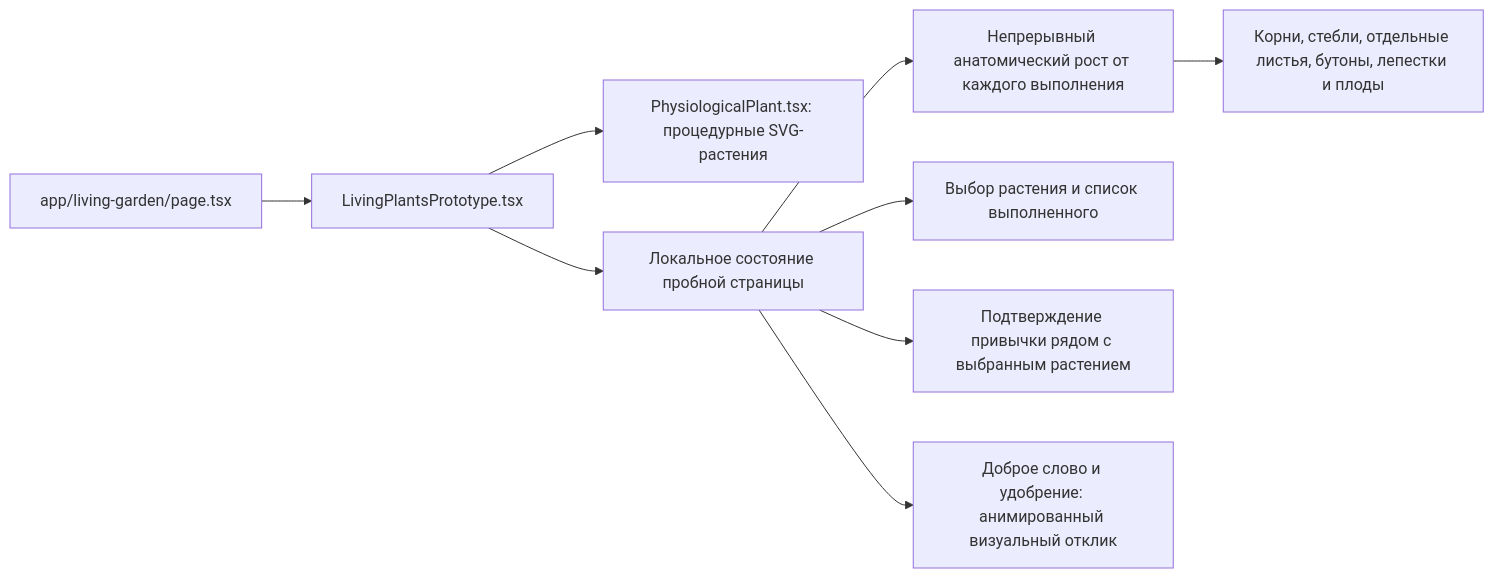
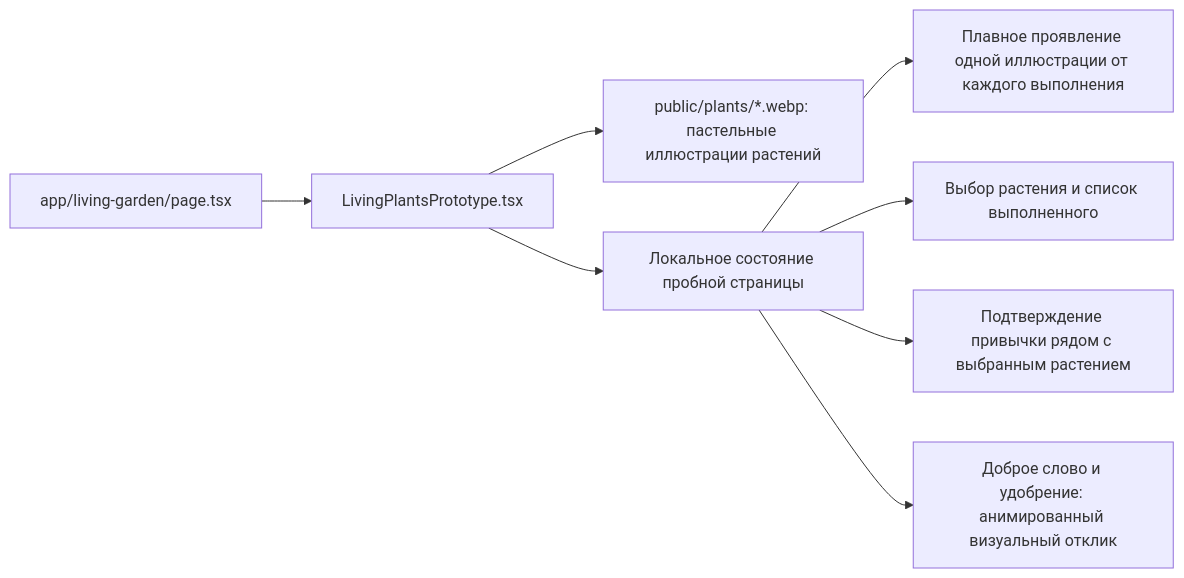
Before and after one commit to katrin27108-rgb/rost-habit-garden: the fifth of 7 diagrams in docs/ARCHITECTURE.md, drawn with Mermaid. The commit also changed other lines of this file and 4 other files, not shown here.

Commit message:
Restore illustrated plant growth

````diff
--- a/docs/ARCHITECTURE.md
+++ b/docs/ARCHITECTURE.md
@@ -71,11 +71,10 @@
 ```mermaid
 flowchart LR
   Route[app/living-garden/page.tsx] --> Prototype[LivingPlantsPrototype.tsx]
-  Prototype --> Plants[PhysiologicalPlant.tsx: процедурные SVG-растения]
+  Prototype --> Plants[public/plants/*.webp: пастельные иллюстрации растений]
   Prototype --> DemoState[Локальное состояние пробной страницы]
-  DemoState --> Growth[Непрерывный анатомический рост от каждого выполнения]
-  Growth --> Anatomy[Корни, стебли, отдельные листья, бутоны, лепестки и плоды]
+  DemoState --> Growth[Плавное проявление одной иллюстрации от каждого выполнения]
   DemoState --> Checklist[Выбор растения и список выполненного]
   DemoState --> Confirm[Подтверждение привычки рядом с выбранным растением]
   DemoState --> Care[Доброе слово и удобрение: анимированный визуальный отклик]
 ```
````
